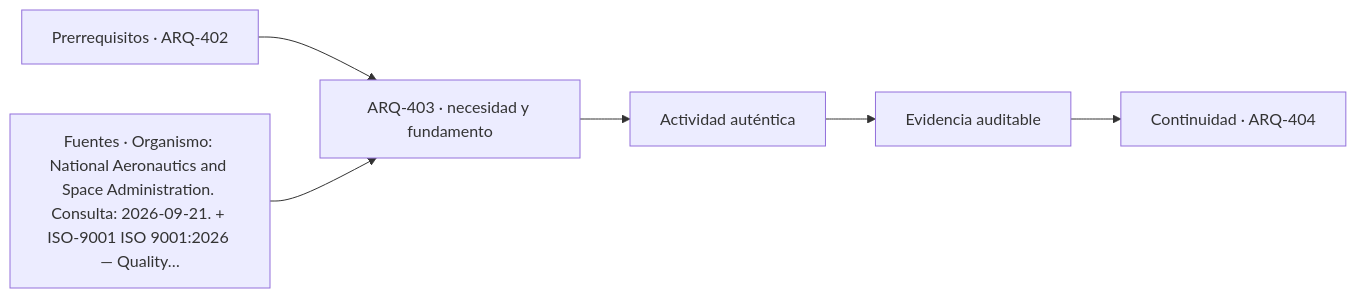
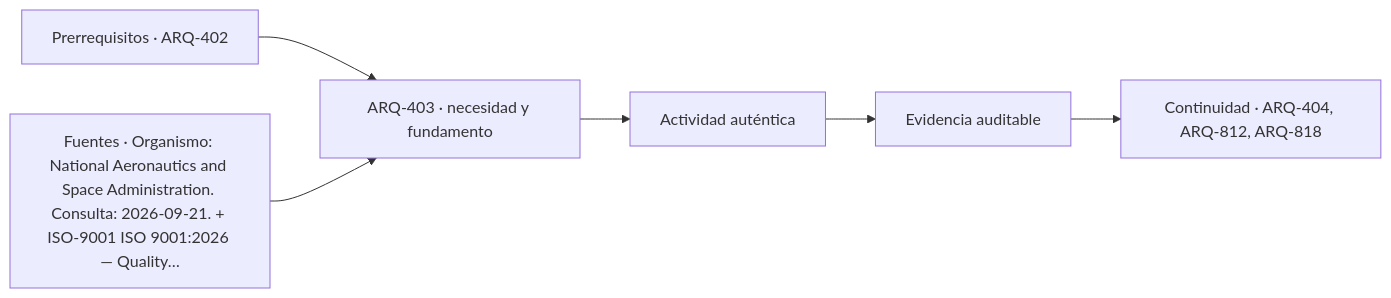
Before and after one commit to vladimiracunadev-create/architecture-built-environment-learning-program: the diagram in classes/parte-41/ARQ-403.md, drawn with Mermaid. The commit also changed other lines of this file and 234 other files, not shown here.

````diff
--- a/classes/parte-41/ARQ-403.md
+++ b/classes/parte-41/ARQ-403.md
@@ -103,8 +103,8 @@
 ```mermaid
 flowchart LR
     A["Prerrequisitos · ARQ-402"] --> B["ARQ-403 · necesidad y fundamento"]
     S["Fuentes · Organismo: National Aeronautics and Space Administration. Consulta: 2026-09-21. + ISO-9001 ISO 9001:2026 — Quality…"] --> B
     B --> C["Actividad auténtica"]
     C --> D["Evidencia auditable"]
-    D --> E["Continuidad · ARQ-404"]
+    D --> E["Continuidad · ARQ-404, ARQ-812, ARQ-818"]
 ```
````
